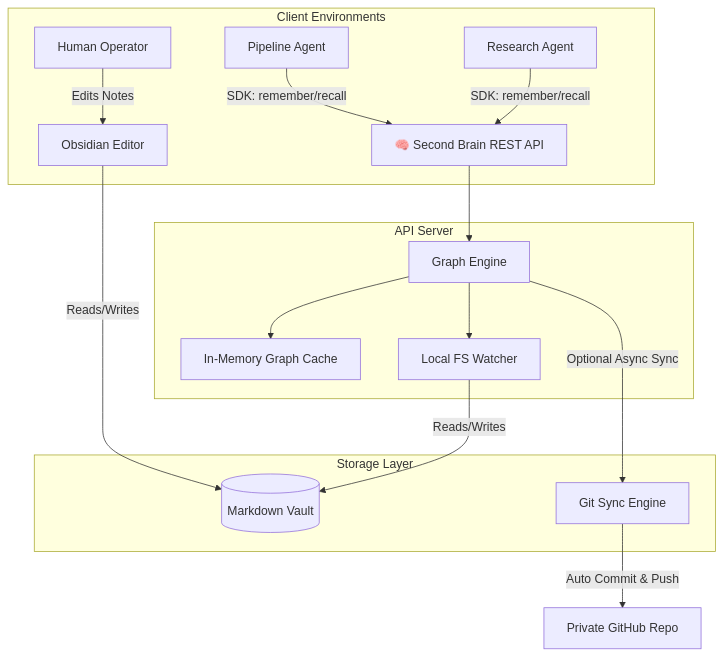
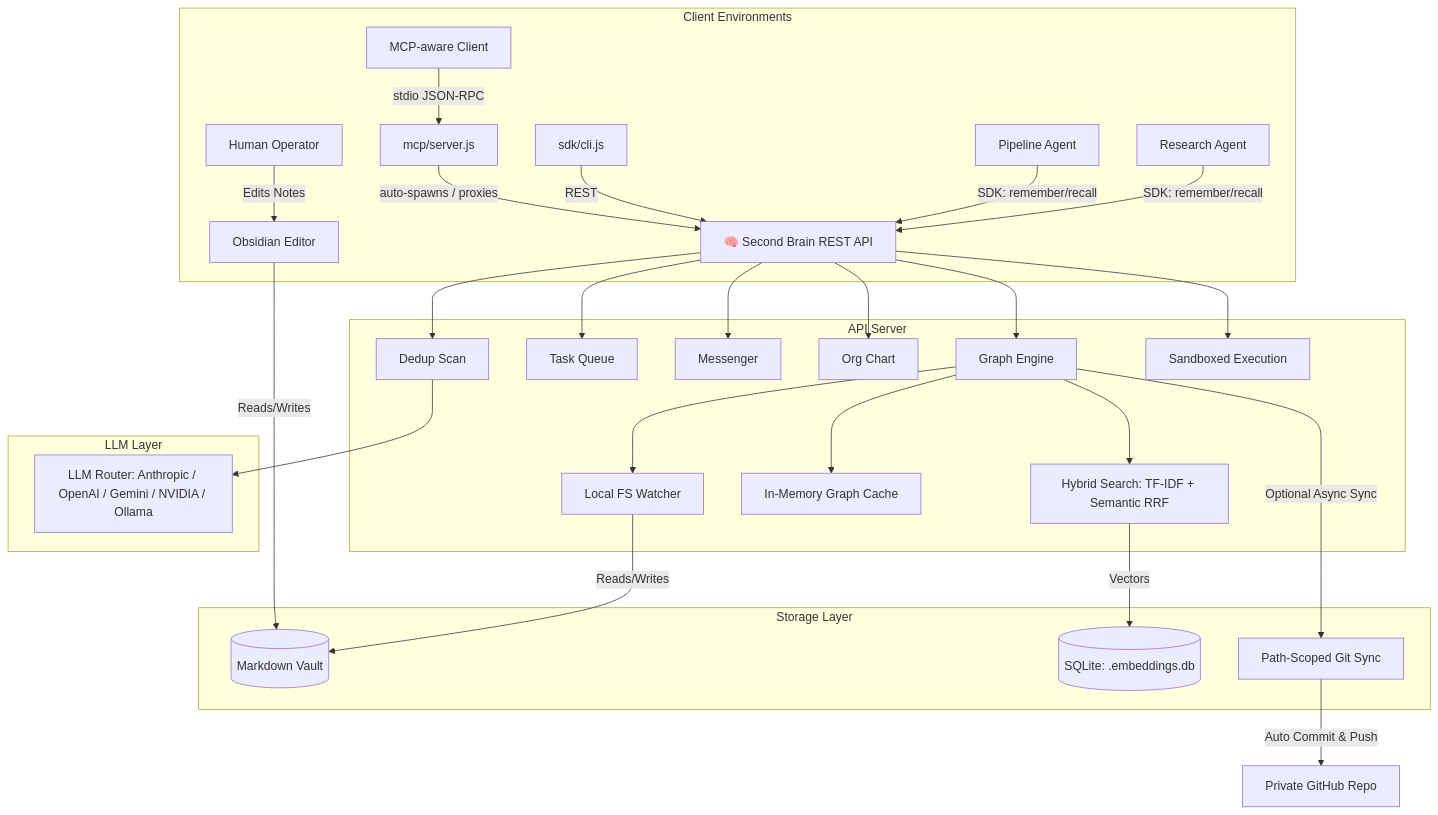
The diagram in README.md (ara-5/mind-mri-agent-second-brain), drawn with Mermaid before and after one commit. The commit also changed other lines of this file, not shown here.

````diff
--- a/README.md
+++ b/README.md
@@ -35,22 +45,36 @@
 ```mermaid
 graph TD
     subgraph Client Environments
         Agent1[Research Agent] -->|SDK: remember/recall| API[🧠 Second Brain REST API]
         Agent2[Pipeline Agent] -->|SDK: remember/recall| API
         Human[Human Operator] -->|Edits Notes| Obs[Obsidian Editor]
+        MCPClient[MCP-aware Client] -->|stdio JSON-RPC| MCP[mcp/server.js]
+        CLI[sdk/cli.js] -->|REST| API
+        MCP -->|auto-spawns / proxies| API
     end
 
     subgraph API Server
         API --> Engine[Graph Engine]
+        Engine --> Search[Hybrid Search: TF-IDF + Semantic RRF]
         Engine --> Cache[In-Memory Graph Cache]
         Engine --> FS[Local FS Watcher]
+        API --> Tasks[Task Queue]
+        API --> Msg[Messenger]
+        API --> Org[Org Chart]
+        API --> Dedup[Dedup Scan]
+        API --> Sandbox[Sandboxed Execution]
     end
 
     subgraph Storage Layer
         FS -->|Reads/Writes| Vault[(Markdown Vault)]
+        Search -->|Vectors| EmbedDB[(SQLite: .embeddings.db)]
         Obs -->|Reads/Writes| Vault
-        Engine -->|Optional Async Sync| Git[Git Sync Engine]
+        Engine -->|Optional Async Sync| Git[Path-Scoped Git Sync]
+    end
+
+    subgraph LLM Layer
+        Dedup --> Router[LLM Router: Anthropic / OpenAI / Gemini / NVIDIA / Ollama]
     end
 
     Git -->|Auto Commit & Push| GitHub[Private GitHub Repo]
 ```
````
